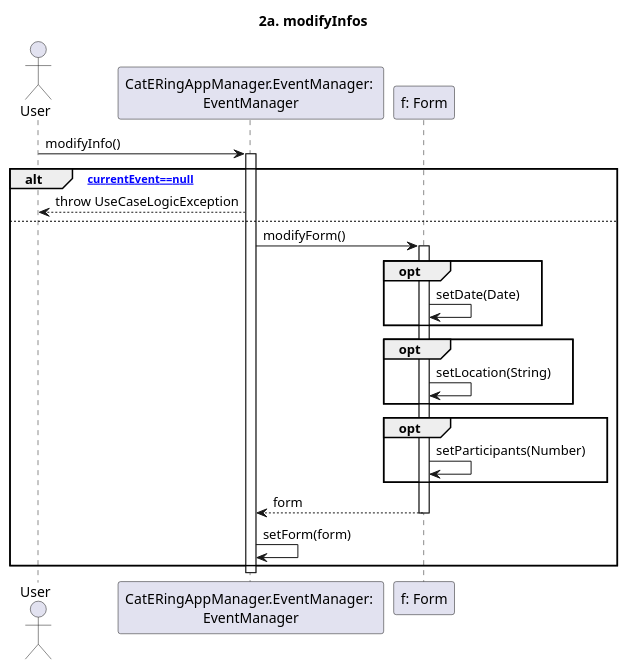
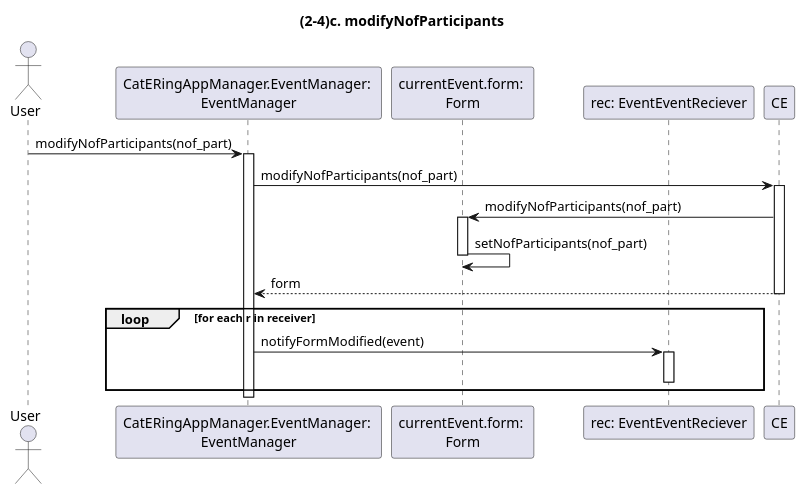
One commit to m0canu1/sas changed the diagram in dsd/dsd-eventi/estensioniEcc/924c-modifyNofParticipants.md. Above: the diagram before and after it, drawn with PlantUML. The commit also changed 7 other files, not shown here.

````diff
--- a/dsd/dsd-eventi/estensioniEcc/924c-modifyNofParticipants.md
+++ b/dsd/dsd-eventi/estensioniEcc/924c-modifyNofParticipants.md
@@ -1,33 +1,31 @@
 ```plantuml
 
-title: 2a. modifyInfos
+title: (2-4)c. modifyNofParticipants
 
 Actor User
 Participant "CatERingAppManager.EventManager: \nEventManager" as EM
-Participant "f: Form" as FM
+Participant "currentEvent.form: \nForm" as FM
+Participant "rec: EventEventReciever" as EER
 
-User -> EM: modifyInfo()
+User -> EM: modifyNofParticipants(nof_part)
 Activate EM
 
-alt [currentEvent==null]
-    EM --> User: throw UseCaseLogicException
-else
-    EM -> FM: modifyForm()
-    Activate FM
-    opt
-        FM -> FM: setDate(Date)
-    end
-    opt
-        FM -> FM: setLocation(String)
-    end
-    opt
-        FM -> FM: setParticipants(Number) 
-    end
-    FM --> EM: form
-    Deactivate FM
-    EM -> EM: setForm(form)
+EM -> CE: modifyNofParticipants(nof_part)
+Activate CE
+CE -> FM: modifyNofParticipants(nof_part)
+Activate FM
+FM -> FM: setNofParticipants(nof_part)
+Deactivate FM
+CE --> EM: form
+Deactivate CE
+
+loop for each r in receiver
+    EM -> EER: notifyFormModified(event)
+    Activate EER
+    Deactivate EER
 end
+
 Deactivate EM
 
 
 ```
````
